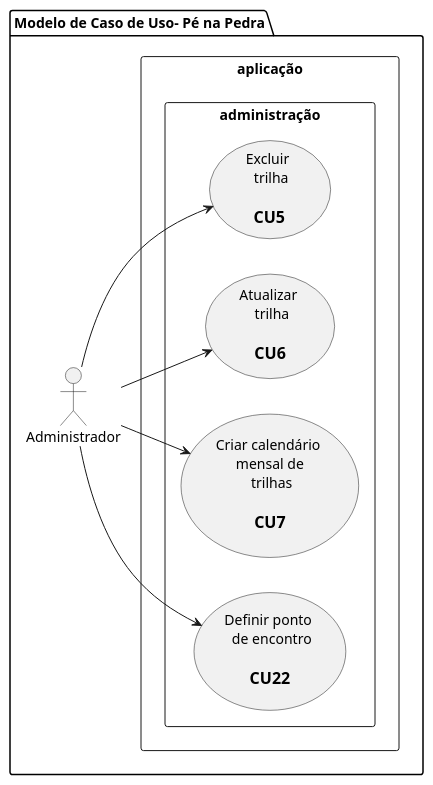
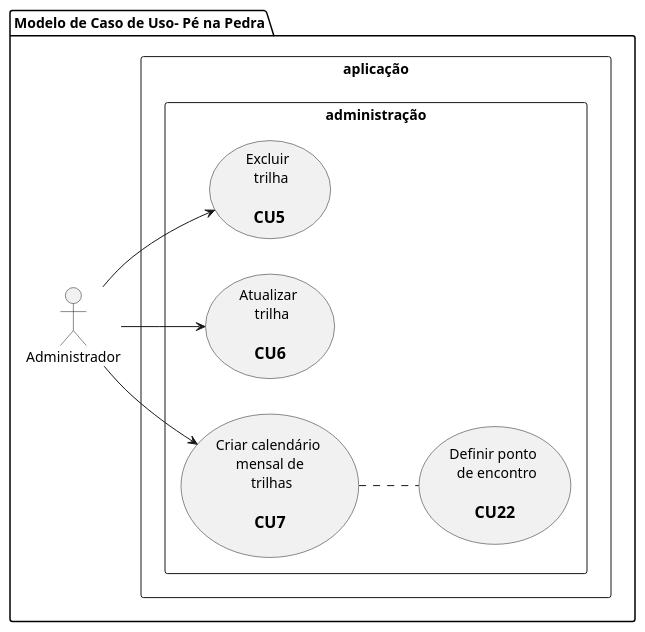
The diagram in docs/diagrams/src/pe_na_pedra_usecase_3.plantuml (tiagors09/pe_na_pedra), drawn with PlantUML before and after one commit.

Commit message:
feat: :sparkles: update use case diagram to include CU22 in CU7
- Updated the "Criar Calendário Mensal de Trilhas" (CU7) use case to include the "Definir Ponto de Encontro" (CU22) use case. - Adjusted the description and flow to reflect the inclusion.

```diff
--- a/docs/diagrams/src/pe_na_pedra_usecase_3.plantuml
+++ b/docs/diagrams/src/pe_na_pedra_usecase_3.plantuml
@@ -1,26 +1,26 @@
 @startuml pe_na_pedra_usecase_3
   left to right direction
   
   package "Modelo de Caso de Uso- Pé na Pedra" {
     
     :Administrador: as adm
     
     rectangle aplicação {
       rectangle administração {
         usecase uc5 as "Excluir \n trilha\n 
           == CU5"
         usecase uc6 as "Atualizar \n trilha\n 
           == CU6"
         usecase uc7 as "Criar calendário \n mensal de \n trilhas\n 
           == CU7"
         usecase uc22 as "Definir ponto \n de encontro\n 
           == CU22"
       }
     }
   }  
 
   adm --> uc5
   adm --> uc6
   adm --> uc7
-  adm --> uc22 
+  uc7 .. uc22 
 @enduml
```
